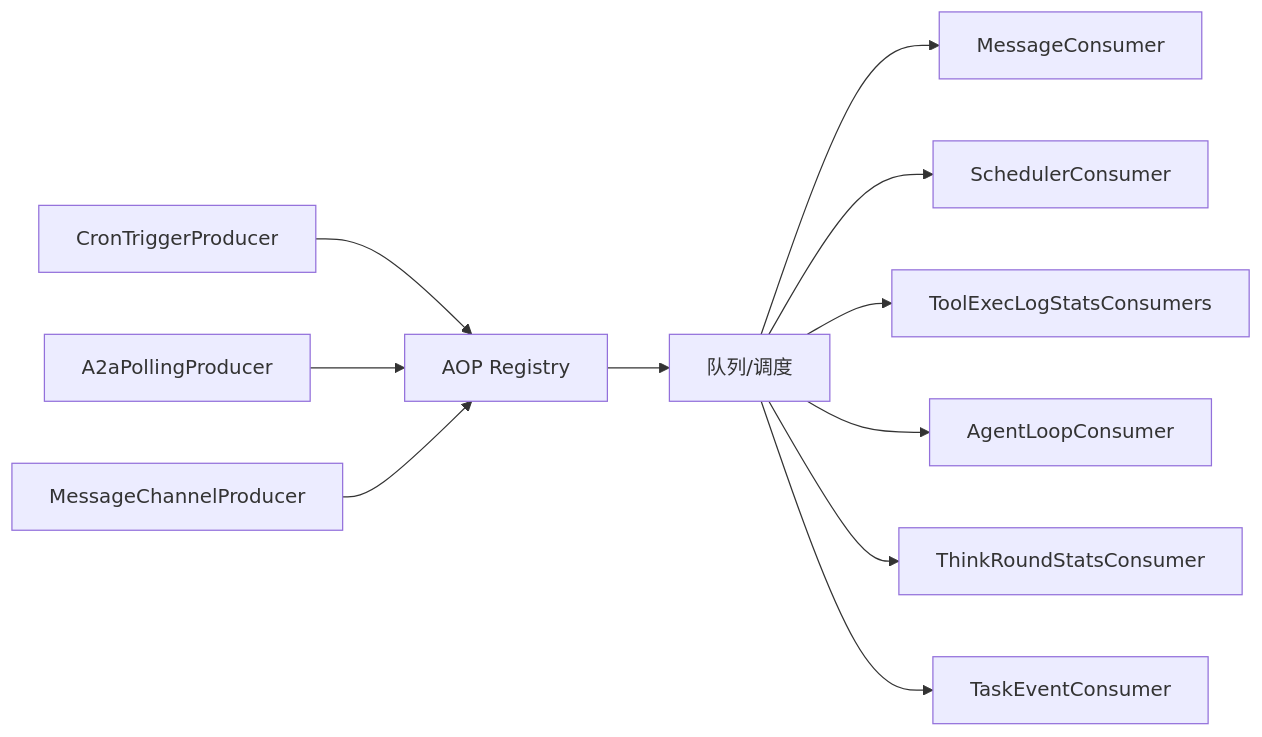
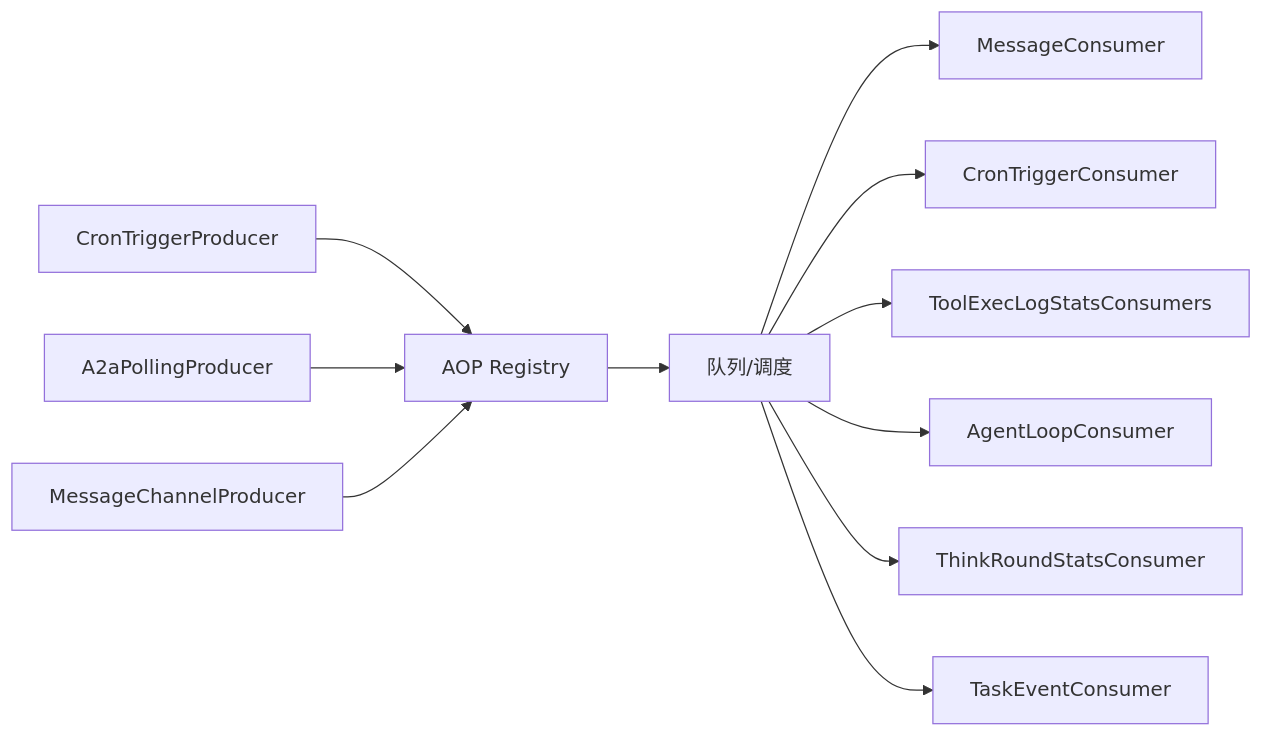
The fifth of 8 diagrams in docs/wiki/zh/content/项目概述/项目结构说明.md (runningcoders/ai_orz), drawn with Mermaid before and after one commit. The commit also changed 37 other files, not shown here.

````diff
--- a/docs/wiki/zh/content/项目概述/项目结构说明.md
+++ b/docs/wiki/zh/content/项目概述/项目结构说明.md
@@ -205,13 +205,13 @@
 ```mermaid
 graph LR
 P1["CronTriggerProducer"] --> REG["AOP Registry"]
 P2["A2aPollingProducer"] --> REG
 P3["MessageChannelProducer"] --> REG
 REG --> Q["队列/调度"]
 Q --> C1["MessageConsumer"]
-Q --> C2["SchedulerConsumer"]
+Q --> C2["CronTriggerConsumer"]
 Q --> C3["ToolExecLogStatsConsumers"]
 Q --> C4["AgentLoopConsumer"]
 Q --> C5["ThinkRoundStatsConsumer"]
 Q --> C6["TaskEventConsumer"]
 ```
````
